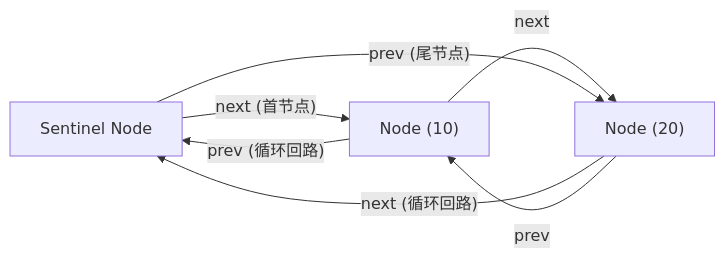
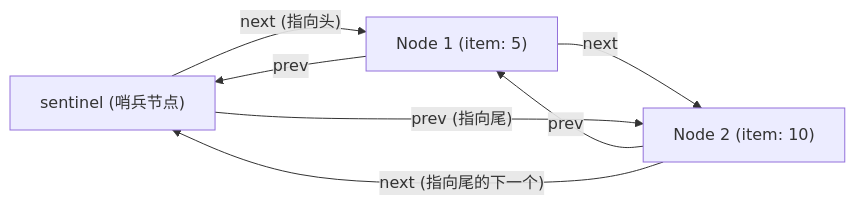
One commit to easonlines2007/easonlin-blog changed the diagram in src/content/notes/CS61B/lecture-05.md. Above: the diagram before and after it, drawn with Mermaid. The commit also changed other lines of this file and 230 other files, not shown here.

````diff
--- a/src/content/notes/CS61B/lecture-05.md
+++ b/src/content/notes/CS61B/lecture-05.md
@@ -67,9 +91,9 @@
 ```mermaid
 graph LR
-    S["Sentinel Node"] -->|"next (首节点)"| N1["Node (10)"]
-    N1 -->|"next"| N2["Node (20)"]
-    N2 -->|"next (循环回路)"| S
-    S -->|"prev (尾节点)"| N2
+    S["sentinel (哨兵节点)"] -->|"next (指向头)"| N1["Node 1 (item: 5)"]
+    N1 -->|"prev"| S
+    N1 -->|"next"| N2["Node 2 (item: 10)"]
     N2 -->|"prev"| N1
-    N1 -->|"prev (循环回路)"| S
+    N2 -->|"next (指向尾的下一个)"| S
+    S -->|"prev (指向尾)"| N2
 ```
````
